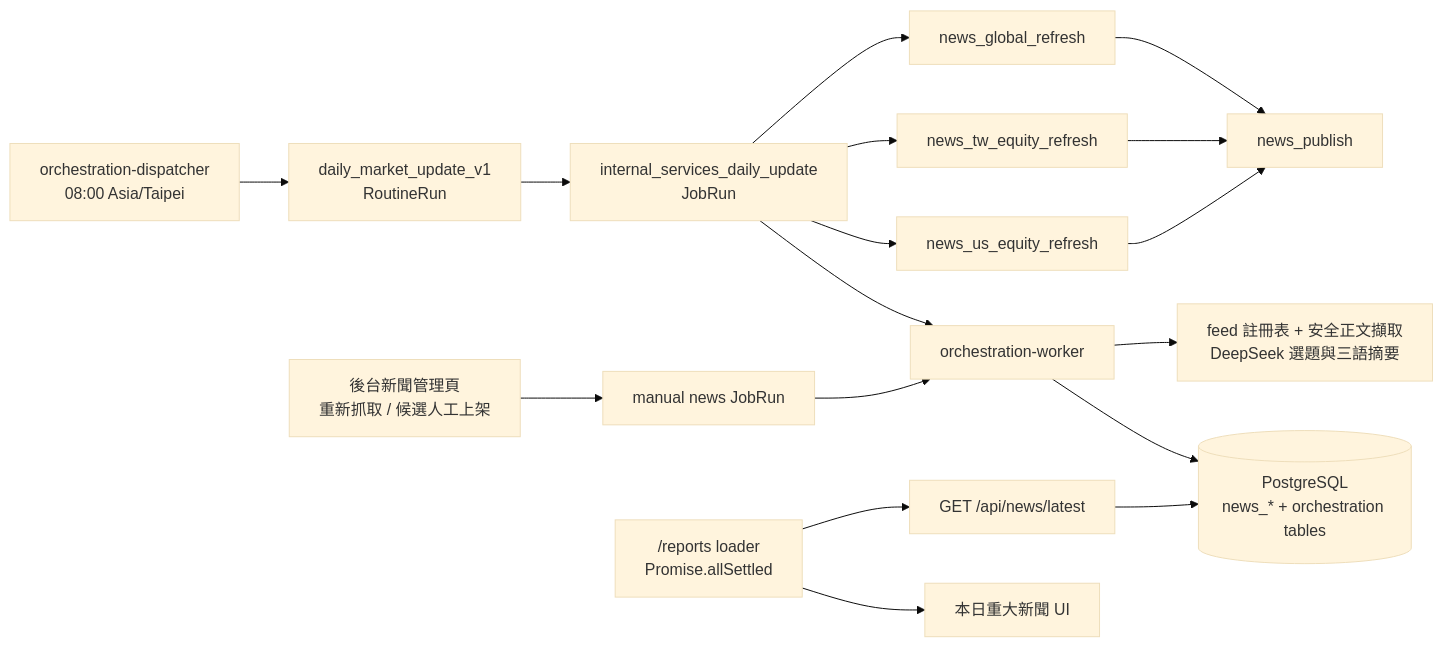
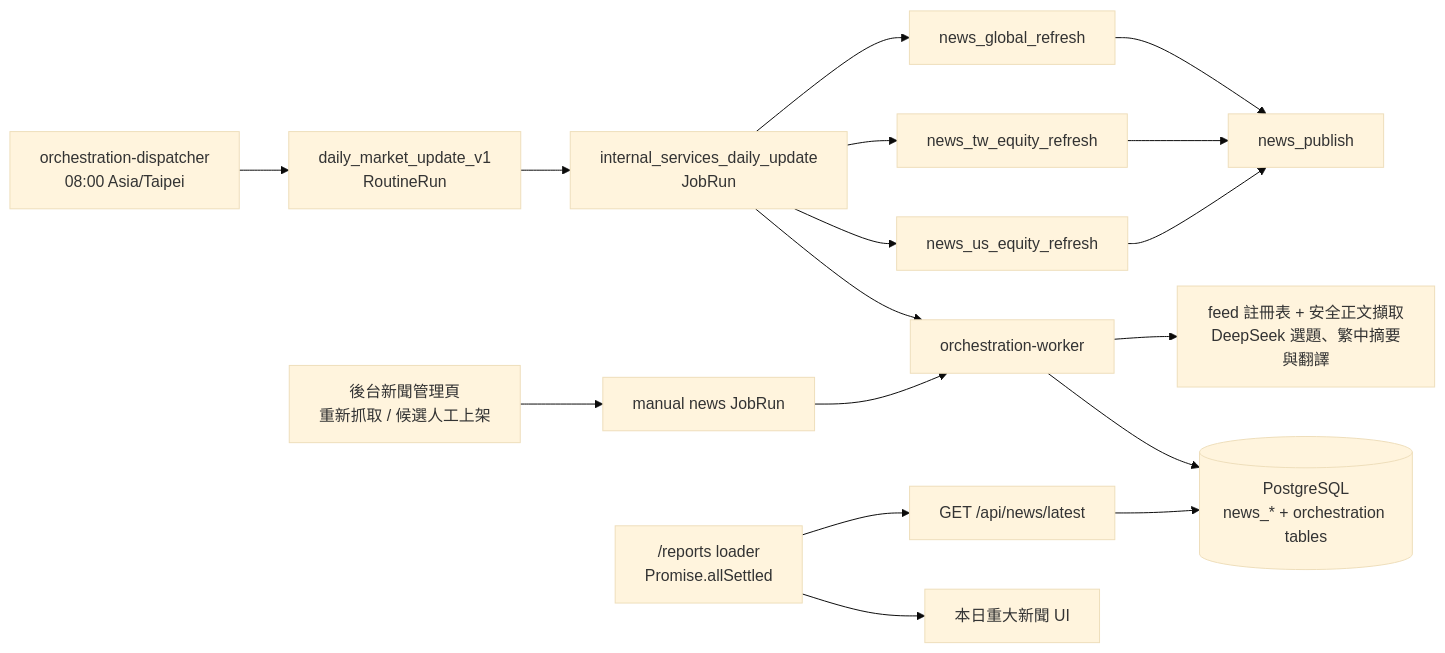
Before and after one commit to FPI-TW/daily-insights: the diagram in docs/architecture/daily-news.md, drawn with Mermaid (base theme). The commit also changed other lines of this file and 38 other files, not shown here.

````diff
--- a/docs/architecture/daily-news.md
+++ b/docs/architecture/daily-news.md
@@ -26,19 +26,19 @@
 ```mermaid
 flowchart LR
     S["orchestration-dispatcher<br/>08:00 Asia/Taipei"] --> R["daily_market_update_v1<br/>RoutineRun"]
     R --> J["internal_services_daily_update<br/>JobRun"]
     J --> G["news_global_refresh"]
     J --> T["news_tw_equity_refresh"]
     J --> U["news_us_equity_refresh"]
     G --> P["news_publish"]
     T --> P
     U --> P
     M["後台新聞管理頁<br/>重新抓取 / 候選人工上架"] --> MJ["manual news JobRun"]
     MJ --> W["orchestration-worker"]
     J --> W
-    W --> F["feed 註冊表 + 安全正文擷取<br/>DeepSeek 選題與三語摘要"]
+    W --> F["feed 註冊表 + 安全正文擷取<br/>DeepSeek 選題、繁中摘要與翻譯"]
     W --> DB[("PostgreSQL<br/>news_* + orchestration tables")]
     LR["/reports loader<br/>Promise.allSettled"] --> A["GET /api/news/latest"]
     A --> DB
     LR --> UI["本日重大新聞 UI"]
 ```
````
